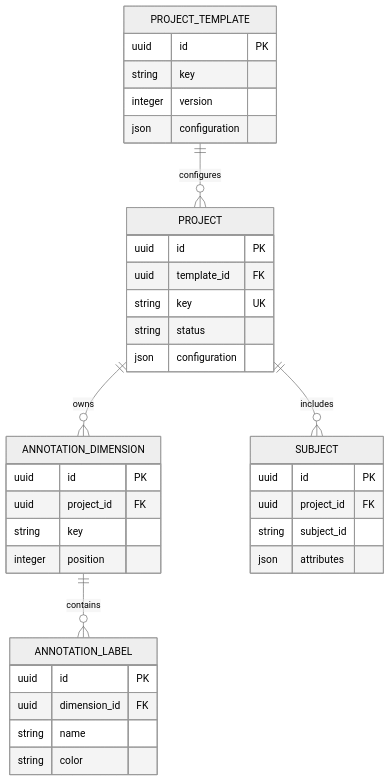
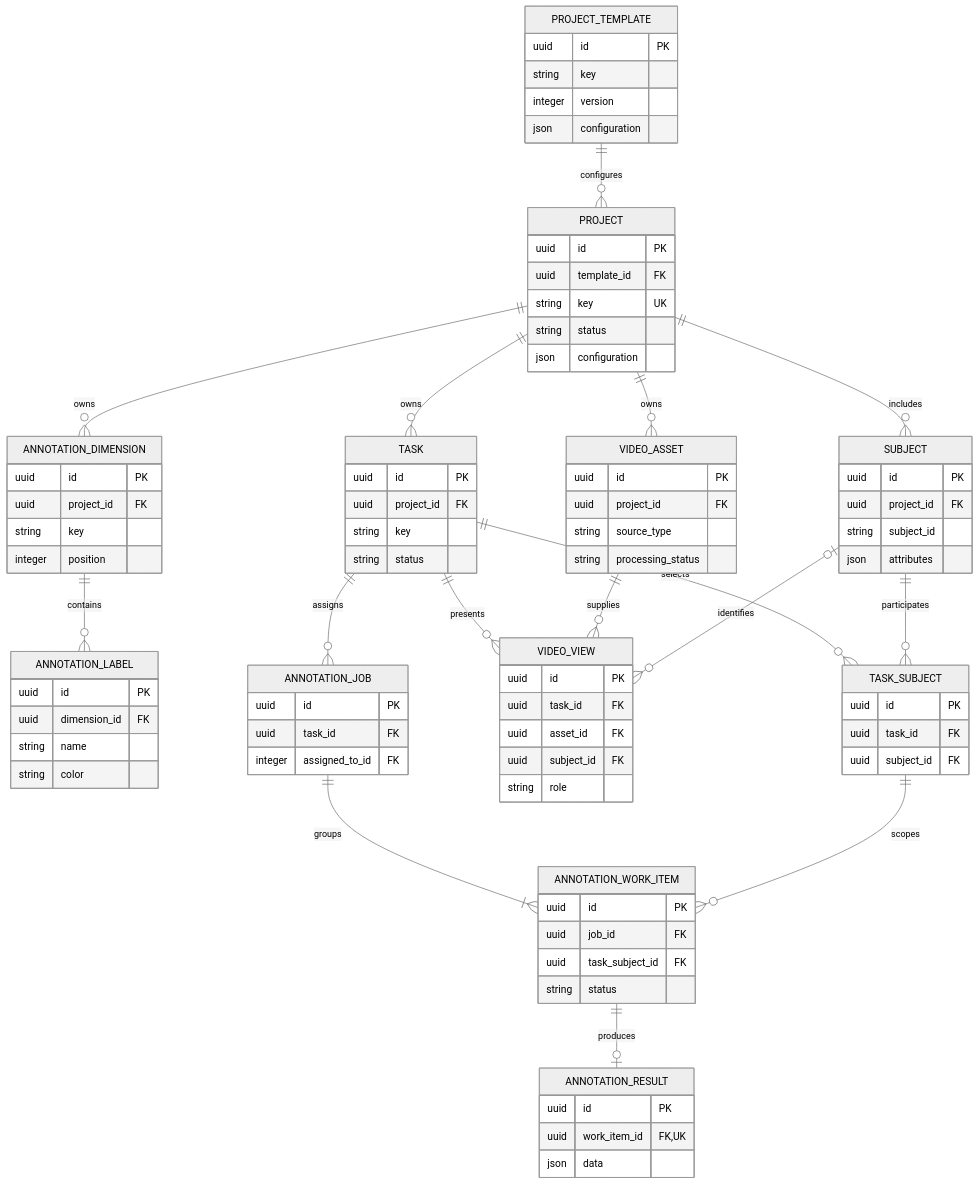
The diagram in docs/DATA_MODEL.md (ahmedsaleh99/WebAnnTutorial), drawn with Mermaid (neutral theme) before and after one commit. The commit also changed other lines of this file and 21 other files, not shown here.

````diff
--- a/docs/DATA_MODEL.md
+++ b/docs/DATA_MODEL.md
@@ -8,6 +8,17 @@
     PROJECT ||--o{ ANNOTATION_DIMENSION : owns
     ANNOTATION_DIMENSION ||--o{ ANNOTATION_LABEL : contains
     PROJECT ||--o{ SUBJECT : includes
+    PROJECT ||--o{ VIDEO_ASSET : owns
+    PROJECT ||--o{ TASK : owns
+    TASK ||--o{ TASK_SUBJECT : selects
+    SUBJECT ||--o{ TASK_SUBJECT : participates
+    TASK ||--o{ VIDEO_VIEW : presents
+    VIDEO_ASSET ||--o{ VIDEO_VIEW : supplies
+    SUBJECT o|--o{ VIDEO_VIEW : identifies
+    TASK ||--o{ ANNOTATION_JOB : assigns
+    ANNOTATION_JOB ||--|{ ANNOTATION_WORK_ITEM : groups
+    TASK_SUBJECT ||--o{ ANNOTATION_WORK_ITEM : scopes
+    ANNOTATION_WORK_ITEM ||--o| ANNOTATION_RESULT : produces
 
     PROJECT_TEMPLATE {
         uuid id PK
@@ -40,4 +51,44 @@
         string subject_id
         json attributes
     }
+    VIDEO_ASSET {
+        uuid id PK
+        uuid project_id FK
+        string source_type
+        string processing_status
+    }
+    TASK {
+        uuid id PK
+        uuid project_id FK
+        string key
+        string status
+    }
+    TASK_SUBJECT {
+        uuid id PK
+        uuid task_id FK
+        uuid subject_id FK
+    }
+    VIDEO_VIEW {
+        uuid id PK
+        uuid task_id FK
+        uuid asset_id FK
+        uuid subject_id FK
+        string role
+    }
+    ANNOTATION_JOB {
+        uuid id PK
+        uuid task_id FK
+        integer assigned_to_id FK
+    }
+    ANNOTATION_WORK_ITEM {
+        uuid id PK
+        uuid job_id FK
+        uuid task_subject_id FK
+        string status
+    }
+    ANNOTATION_RESULT {
+        uuid id PK
+        uuid work_item_id FK,UK
+        json data
+    }
 ```
````
